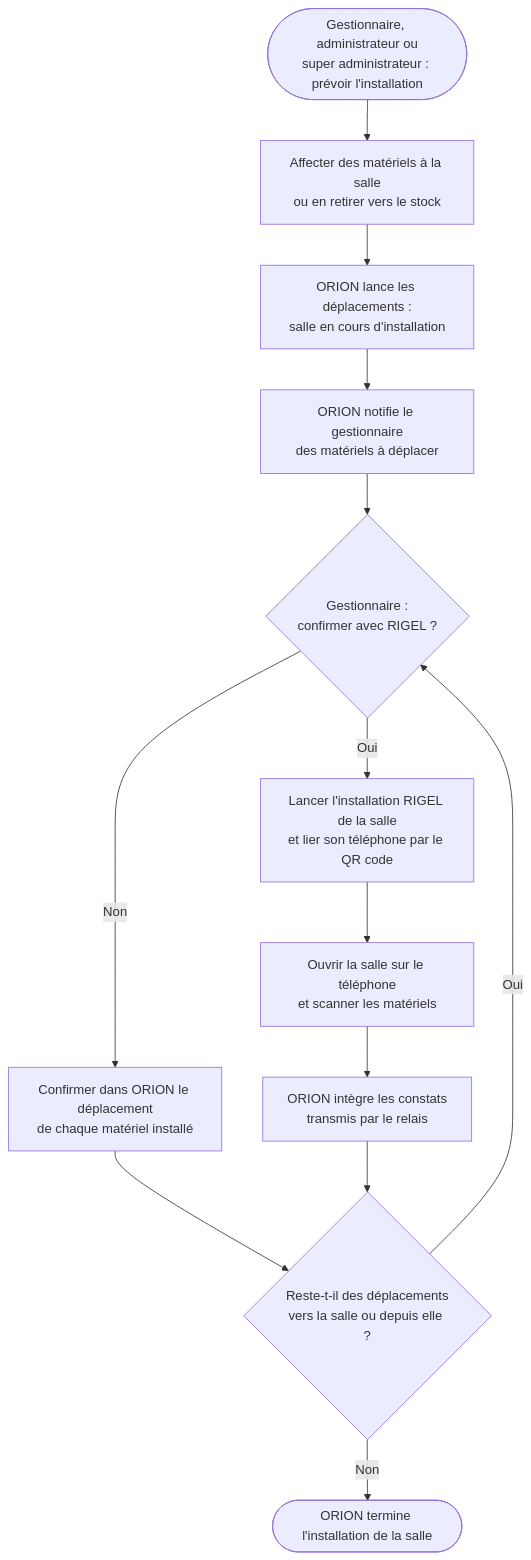
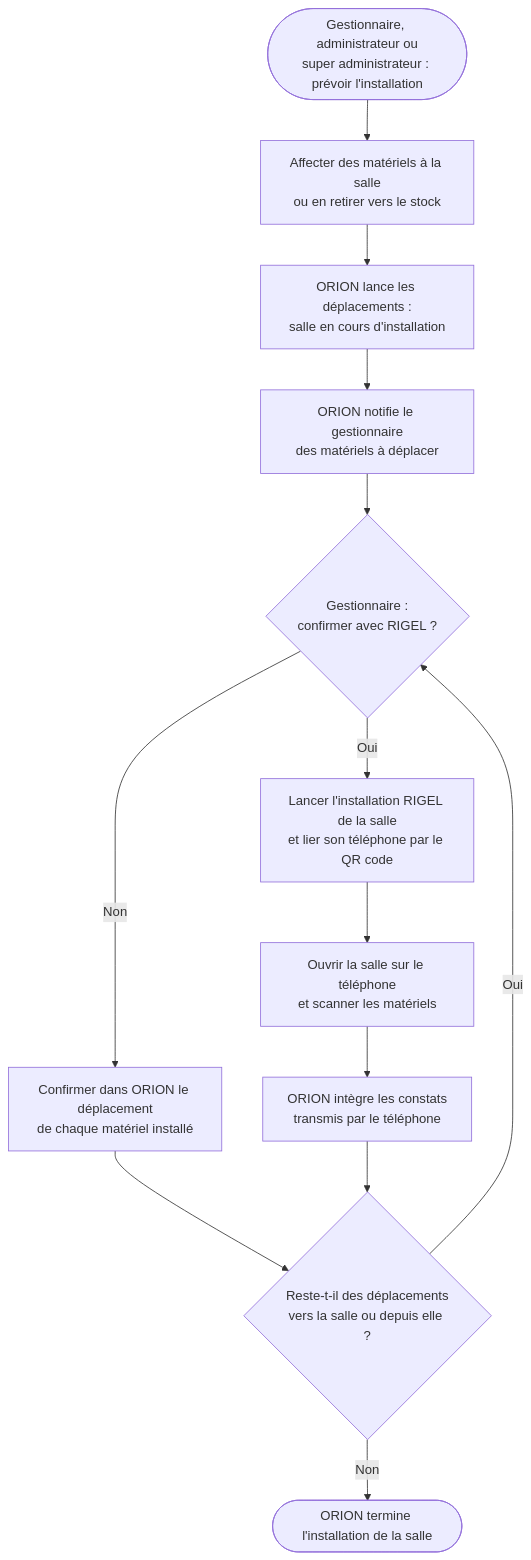
The ninth of 10 diagrams in docs/02-ANALYSE/01-MODELISATION-METIER/07-DIAGRAMMES-ACTIVITE.md (bpierrelouis/aster), drawn with Mermaid before and after one commit. The commit also changed other lines of this file and 12 other files, not shown here.

First line of the commit message:
docs: présenter RIGEL selon l'architecture cible

````diff
--- a/docs/02-ANALYSE/01-MODELISATION-METIER/07-DIAGRAMMES-ACTIVITE.md
+++ b/docs/02-ANALYSE/01-MODELISATION-METIER/07-DIAGRAMMES-ACTIVITE.md
@@ -165,15 +165,15 @@
 ```mermaid
 flowchart TD
     debut(["Gestionnaire, administrateur ou<br/>super administrateur : prévoir l'installation"]) --> affecter["Affecter des matériels à la salle<br/>ou en retirer vers le stock"]
     affecter --> deplacements["ORION lance les déplacements :<br/>salle en cours d'installation"]
     deplacements --> notifier["ORION notifie le gestionnaire<br/>des matériels à déplacer"]
     notifier --> mode{"Gestionnaire :<br/>confirmer avec RIGEL ?"}
     mode -->|"Non"| confirmer["Confirmer dans ORION le déplacement<br/>de chaque matériel installé"]
     mode -->|"Oui"| lier["Lancer l'installation RIGEL de la salle<br/>et lier son téléphone par le QR code"]
     lier --> scanner["Ouvrir la salle sur le téléphone<br/>et scanner les matériels"]
-    scanner --> integrer["ORION intègre les constats<br/>transmis par le relais"]
+    scanner --> integrer["ORION intègre les constats<br/>transmis par le téléphone"]
     confirmer --> reste{"Reste-t-il des déplacements<br/>vers la salle ou depuis elle ?"}
     integrer --> reste
     reste -->|"Oui"| mode
     reste -->|"Non"| terminee(["ORION termine l'installation de la salle"])
 ```
````
